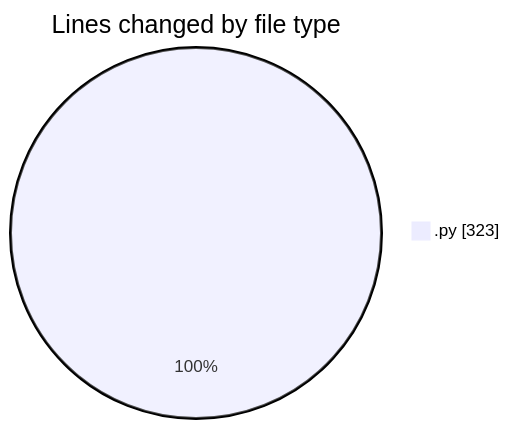
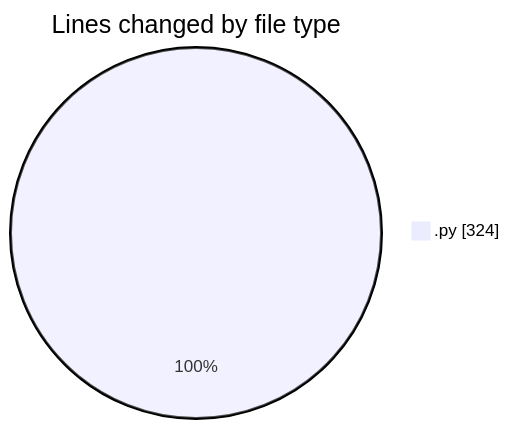
Before and after one commit to momahboobian/code-tracking: the first of 2 diagrams in 2025-02-24/samplepdf/README.md, drawn with Mermaid. The commit also changed other lines of this file and 1 other file, not shown here.

````diff
--- a/2025-02-24/samplepdf/README.md
+++ b/2025-02-24/samplepdf/README.md
@@ -23,5 +23,5 @@
 ```mermaid
 pie showData
 title Lines changed by file type
-".py" : 323
+".py" : 324
 ```
````
